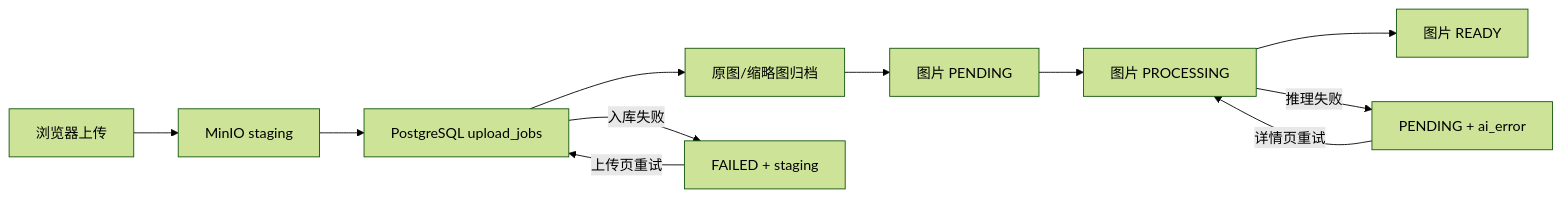
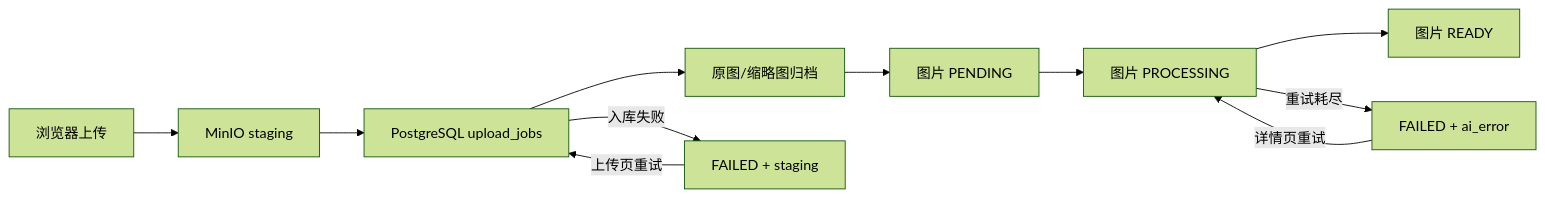
The first of 4 diagrams in docs/operations.md (tamakara/bakabooru), drawn with Mermaid (forest theme) before and after one commit. The commit also changed other lines of this file and 73 other files, not shown here.

````diff
--- a/docs/operations.md
+++ b/docs/operations.md
@@ -7,14 +7,14 @@
 ```mermaid
 flowchart LR
     Upload["浏览器上传"] --> Staging["MinIO staging"]
     Staging --> Jobs["PostgreSQL upload_jobs"]
     Jobs --> Archive["原图/缩略图归档"]
     Archive --> Pending["图片 PENDING"]
     Pending --> Processing["图片 PROCESSING"]
     Processing --> Ready["图片 READY"]
 
     Jobs -->|"入库失败"| UploadFailed["FAILED + staging"]
-    Processing -->|"推理失败"| AiFailed["PENDING + ai_error"]
+    Processing -->|"重试耗尽"| AiFailed["FAILED + ai_error"]
     UploadFailed -->|"上传页重试"| Jobs
     AiFailed -->|"详情页重试"| Processing
 ```
````
